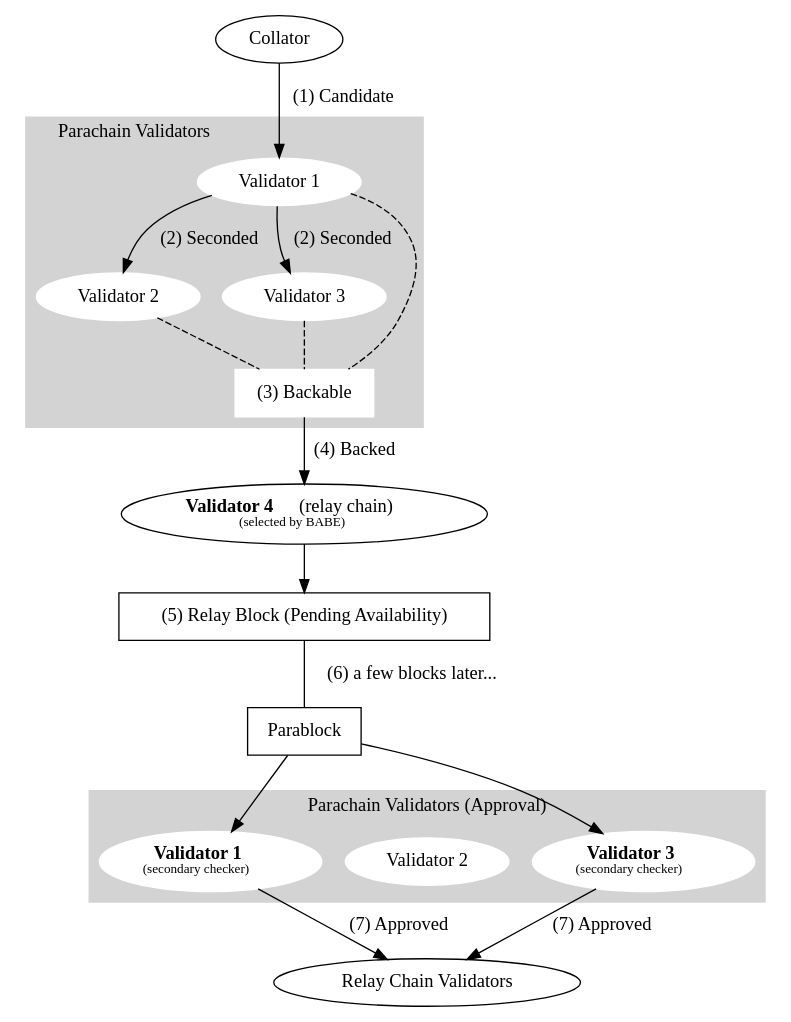
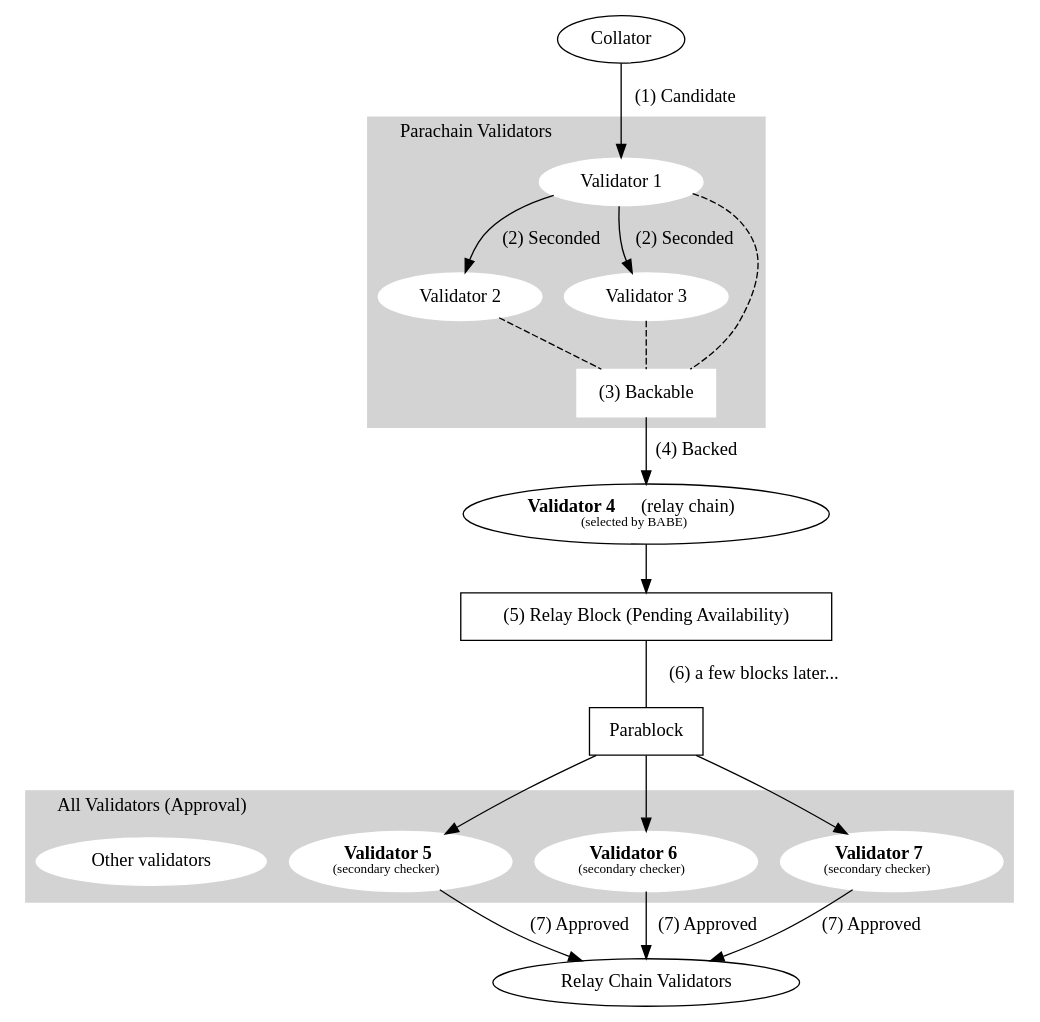
One commit to paritytech/polkadot changed the first of 3 diagrams in roadmap/implementers-guide/src/parachains-overview.md. Above: the diagram before and after it, drawn with Graphviz.

Commit message:
guide: correct the approval subsystem

````diff
--- a/roadmap/implementers-guide/src/parachains-overview.md
+++ b/roadmap/implementers-guide/src/parachains-overview.md
@@ -59,72 +59,82 @@
 ```dot process Inclusion Pipeline
 digraph {
 	subgraph cluster_vg {
 		label="Parachain Validators"
 		labeljust=l
 		style=filled
 		color=lightgrey
 		node [style=filled color=white]
 
 		v1 [label="Validator 1"]
 		v2 [label="Validator 2"]
 		v3 [label="Validator 3"]
 
 		b [label="(3) Backable", shape=box]
 
 		v1 -> v2 [label="(2) Seconded"]
 		v1 -> v3 [label="(2) Seconded"]
 
 		v2 -> b [style=dashed arrowhead=none]
 		v3 -> b [style=dashed arrowhead=none]
 		v1 -> b [style=dashed arrowhead=none]
 
 	}
 
 	v4 [label=<
 		<b>Validator 4</b> (relay chain)
 		<br/>
 		<font point-size="10">
 			(selected by BABE)
 		</font>
 	>]
 
 	col [label="Collator"]
 	pa [label="(5) Relay Block (Pending Availability)", shape=box]
 	pb [label="Parablock", shape=box]
 	rc [label="Relay Chain Validators"]
 
 	subgraph cluster_approval {
-		label="Parachain Validators (Approval)"
-		labeljust=c
+		label="All Validators (Approval)"
+		labeljust=l
 		style=filled
 		color=lightgrey
 		node [style=filled color=white]
 
-		a1 [label=<
-			<b>Validator 1</b>
+		a5 [label=<
+			<b>Validator 5</b>
 			<br/>
 			<font point-size="10">
 				(secondary checker)
 			</font>
 		>]
-		a2 [label="Validator 2"]
-		a3 [label=<
-			<b>Validator 3</b>
+		a6 [label=<
+			<b>Validator 6</b>
 			<br/>
 			<font point-size="10">
 				(secondary checker)
 			</font>
 		>]
+		a7 [label=<
+			<b>Validator 7</b>
+			<br/>
+			<font point-size="10">
+				(secondary checker)
+			</font>
+		>]
+		a8 [label="Other validators"]
+
 	}
 
 	b -> v4 [label="(4) Backed"]
 	col -> v1 [label="(1) Candidate"]
 	v4 -> pa
 	pa -> pb [label="(6) a few blocks later..." arrowhead=none]
-	pb -> a1
-	pb -> a3
+	pb -> a5
+	pb -> a6
+	pb -> a7
 
-	a1 -> rc [label="(7) Approved"]
-	a3 -> rc [label="(7) Approved"]
+	a5 -> rc [label="(7) Approved"]
+	a6 -> rc [label="(7) Approved"]
+	a7 -> rc [label="(7) Approved"]
 }
 ```
````
